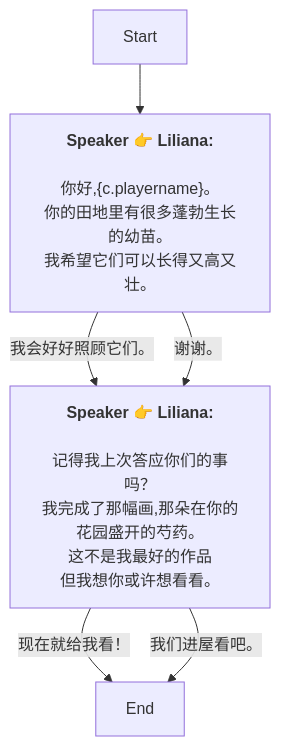
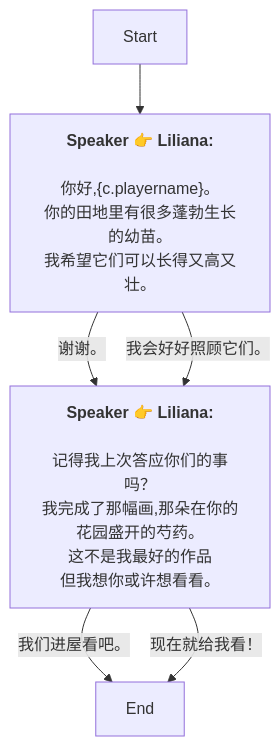
The diagram in Zh/QuestStartTalkENode_1768807868606533.md (SoftHu/tos_avg), drawn with Mermaid before and after one commit. The commit also changed other lines of this file and 780 other files, not shown here.

````diff
--- a/Zh/QuestStartTalkENode_1768807868606533.md
+++ b/Zh/QuestStartTalkENode_1768807868606533.md
@@ -1,16 +1,16 @@
 ```mermaid
 graph
 Start -->1768807897752649[<b>Speaker 👉 Liliana:</b>
 \n你好,&lbrace;c.playername&rbrace;。
 你的田地里有很多蓬勃生长的幼苗。
 我希望它们可以长得又高又壮。]
+1768807897752649 -->|谢谢。|1768807897754701[<b>Speaker 👉 Liliana:</b>
+\n记得我上次答应你们的事吗？\n我完成了那幅画,那朵在你的花园盛开的芍药。\n这不是我最好的作品
+但我想你或许想看看。]
 1768807897752649 -->|我会好好照顾它们。|1768807897754701[<b>Speaker 👉 Liliana:</b>
 \n记得我上次答应你们的事吗？\n我完成了那幅画,那朵在你的花园盛开的芍药。\n这不是我最好的作品
 但我想你或许想看看。]
-1768807897752649 -->|谢谢。|1768807897754701[<b>Speaker 👉 Liliana:</b>
-\n记得我上次答应你们的事吗？\n我完成了那幅画,那朵在你的花园盛开的芍药。\n这不是我最好的作品
-但我想你或许想看看。]
+1768807897754701 -->|我们进屋看吧。|1768807897756753[End]
 1768807897754701 -->|现在就给我看！|1768807897756753[End]
-1768807897754701 -->|我们进屋看吧。|1768807897756753[End]
 
 ```
````
